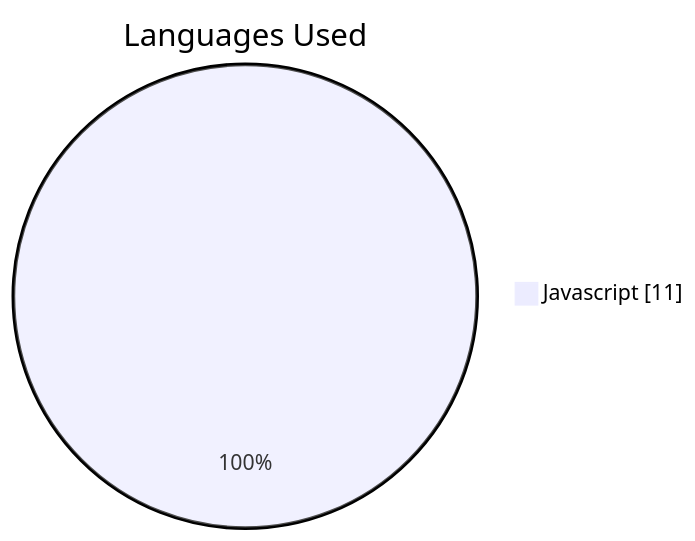
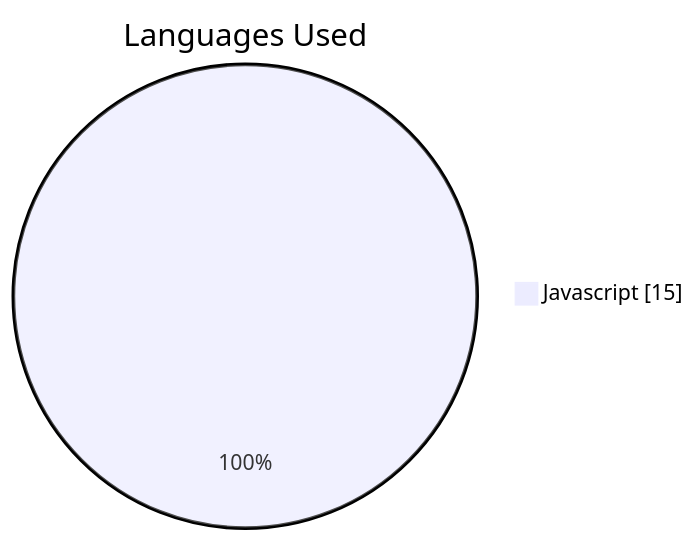
Before and after one commit to JakubPawinski/gitcode-solutions: the second of 6 diagrams in README.md, drawn with Mermaid. The commit also changed other lines of this file, not shown here.

````diff
--- a/README.md
+++ b/README.md
@@ -125,5 +125,5 @@
 ```mermaid
 pie showData
     title Languages Used
-    "Javascript" : 11
+    "Javascript" : 15
 ```
````
